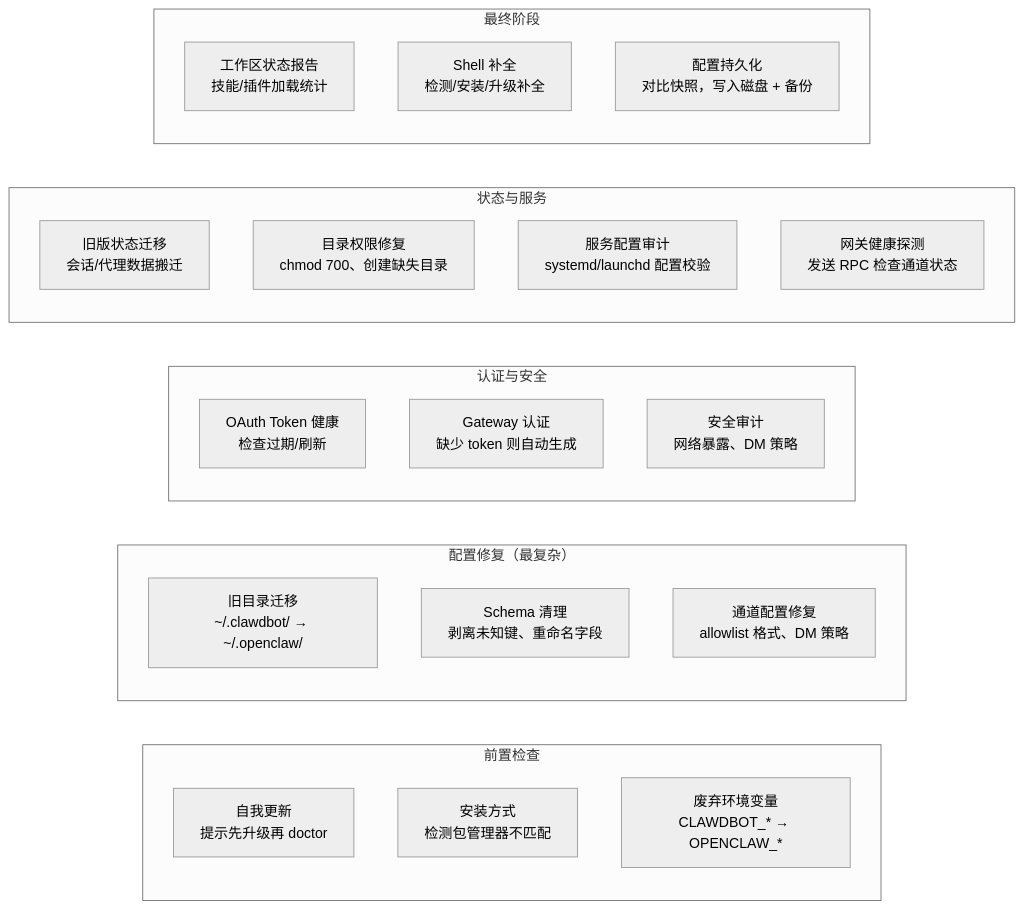
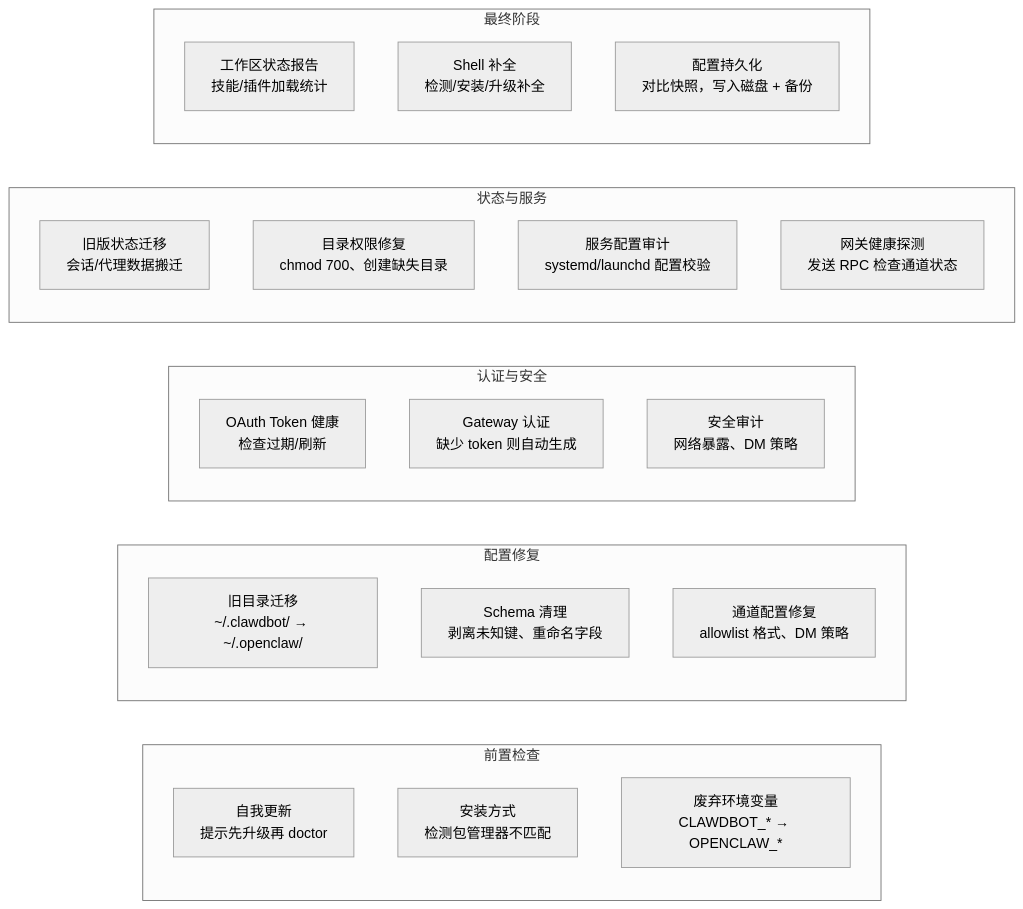
Before and after one commit to Qxiaoqi/blog-solitude: the third of 6 diagrams in source/_posts/2026-03-07-CLI.md, drawn with Mermaid (neutral theme). The commit also changed other lines of this file and 7 other files, not shown here.

```diff
--- a/source/_posts/2026-03-07-CLI.md
+++ b/source/_posts/2026-03-07-CLI.md
@@ -242,33 +242,33 @@
 {% mermaid %}
 flowchart LR
     subgraph 前置检查
         A1["自我更新<br/>提示先升级再 doctor"]
         A2["安装方式<br/>检测包管理器不匹配"]
         A3["废弃环境变量<br/>CLAWDBOT_* → OPENCLAW_*"]
     end
 
-    subgraph 配置修复["配置修复（最复杂）"]
+    subgraph 配置修复["配置修复"]
         B1["旧目录迁移<br/>~/.clawdbot/ → ~/.openclaw/"]
         B2["Schema 清理<br/>剥离未知键、重命名字段"]
         B3["通道配置修复<br/>allowlist 格式、DM 策略"]
     end
 
     subgraph 认证与安全
         C1["OAuth Token 健康<br/>检查过期/刷新"]
         C2["Gateway 认证<br/>缺少 token 则自动生成"]
         C3["安全审计<br/>网络暴露、DM 策略"]
     end
 
     subgraph 状态与服务
         D1["旧版状态迁移<br/>会话/代理数据搬迁"]
         D2["目录权限修复<br/>chmod 700、创建缺失目录"]
         D3["服务配置审计<br/>systemd/launchd 配置校验"]
         D4["网关健康探测<br/>发送 RPC 检查通道状态"]
     end
 
     subgraph 最终阶段
         E1["工作区状态报告<br/>技能/插件加载统计"]
         E2["Shell 补全<br/>检测/安装/升级补全"]
         E3["配置持久化<br/>对比快照，写入磁盘 + 备份"]
     end
 {% endmermaid %}
```
